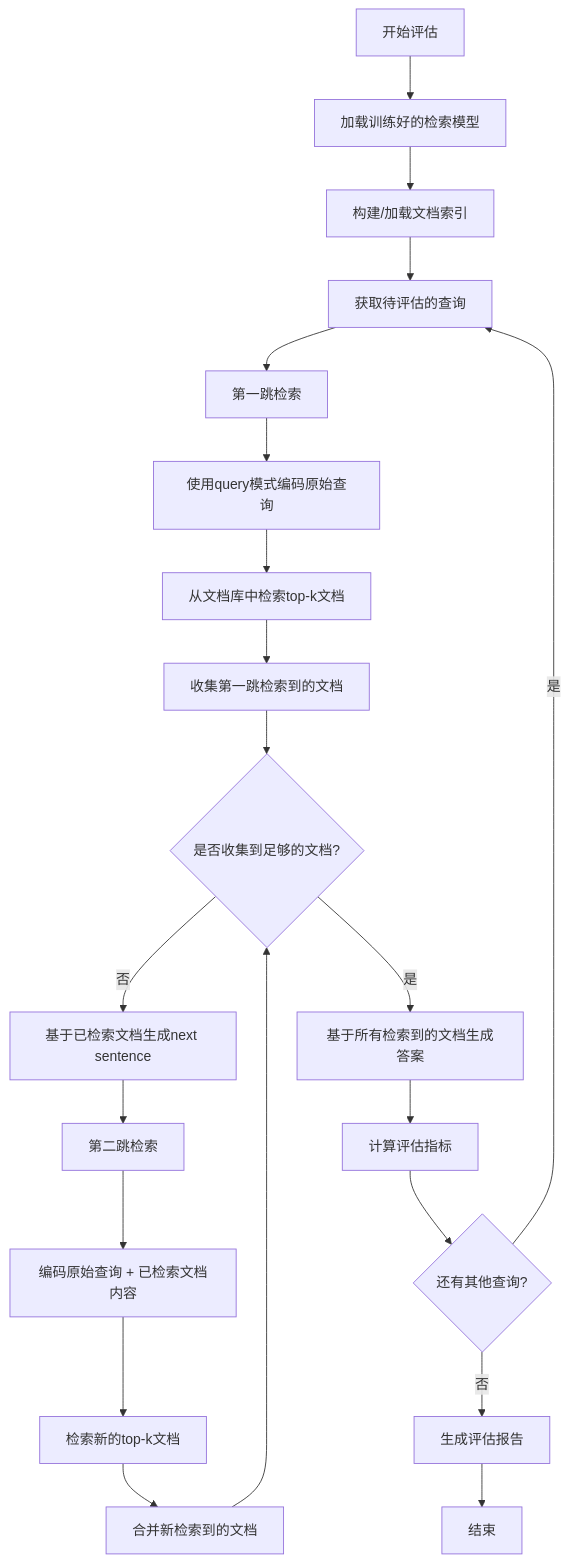
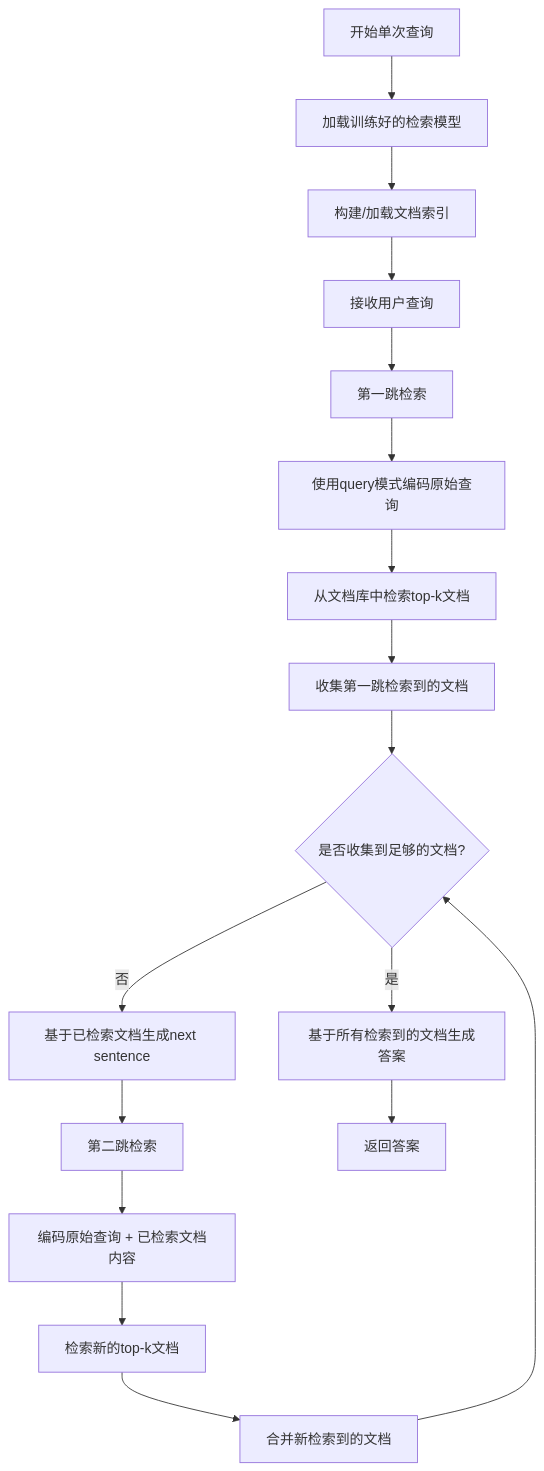
Before and after one commit to longtaizi13579/LifeMem-AgenticSearch: the second of 2 diagrams in README.md, drawn with Mermaid. The commit also changed other lines of this file, not shown here.

````diff
--- a/README.md
+++ b/README.md
@@ -186,27 +164,23 @@
 ```mermaid
 graph TD
-    Start[开始评估] --> LoadModel[加载训练好的检索模型]
+    Start[开始单次查询] --> LoadModel[加载训练好的检索模型]
     LoadModel --> LoadIndex[构建/加载文档索引]
-    LoadIndex --> GetQuery[获取待评估的查询]
+    LoadIndex --> GetQuery[接收用户查询]
     GetQuery --> Hop1[第一跳检索]
 
     Hop1 --> EncodeQuery1[使用query模式编码原始查询]
     EncodeQuery1 --> Retrieve1[从文档库中检索top-k文档]
     Retrieve1 --> CollectDocs1[收集第一跳检索到的文档]
 
     CollectDocs1 --> CheckEnough{是否收集到足够的文档?}
     CheckEnough -->|否| GenerateNext1[基于已检索文档生成next sentence]
     GenerateNext1 --> Hop2[第二跳检索]
 
     Hop2 --> EncodeQuery2[编码原始查询 + 已检索文档内容]
     EncodeQuery2 --> Retrieve2[检索新的top-k文档]
     Retrieve2 --> CollectDocs2[合并新检索到的文档]
     CollectDocs2 --> CheckEnough
 
     CheckEnough -->|是| GenerateAnswer[基于所有检索到的文档生成答案]
-    GenerateAnswer --> EvaluateMetrics[计算评估指标]
-    EvaluateMetrics --> NextQuery{还有其他查询?}
-    NextQuery -->|是| GetQuery
-    NextQuery -->|否| GenerateReport[生成评估报告]
-    GenerateReport --> End[结束]
+    GenerateAnswer --> End[返回答案]
 ```
````
